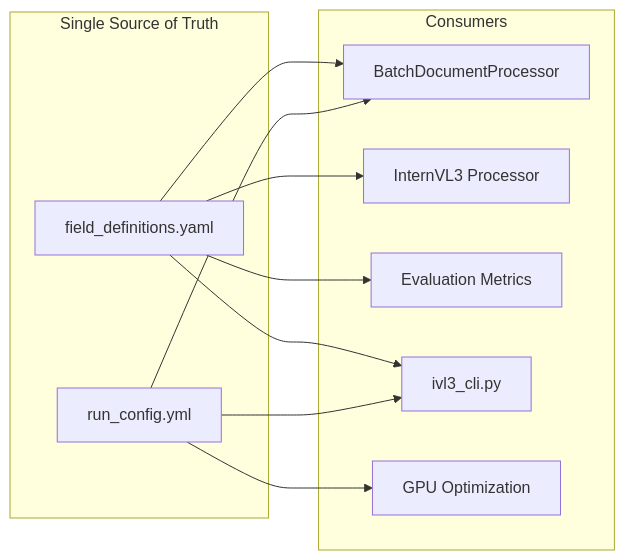
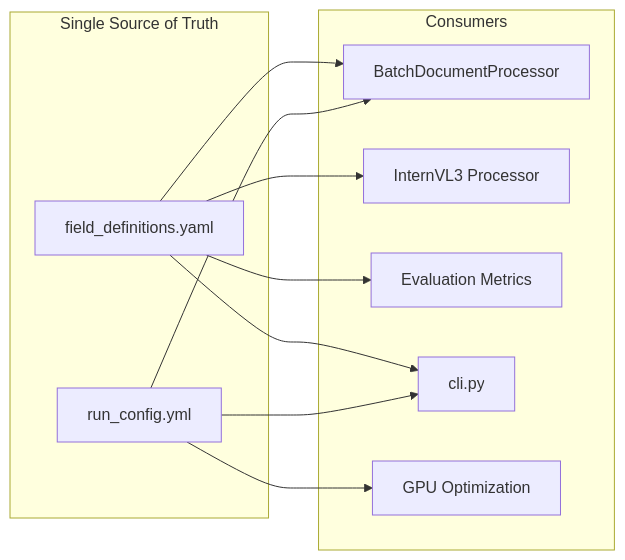
The second of 7 diagrams in docs/CONFIG_DRIVEN_DISPATCH.md (tmnestor/LMM_POC), drawn with Mermaid before and after one commit. The commit also changed other lines of this file and 5 other files, not shown here.

````diff
--- a/docs/CONFIG_DRIVEN_DISPATCH.md
+++ b/docs/CONFIG_DRIVEN_DISPATCH.md
@@ -70,23 +70,23 @@
 ```mermaid
 graph LR
     subgraph "Single Source of Truth"
         RC["run_config.yml"]
         FD["field_definitions.yaml"]
     end
 
     subgraph "Consumers"
         BP["BatchDocumentProcessor"]
         IVL["InternVL3 Processor"]
         EM["Evaluation Metrics"]
-        CLI["ivl3_cli.py"]
+        CLI["cli.py"]
         GPU["GPU Optimization"]
     end
 
     RC --> CLI
     RC --> GPU
     RC --> BP
     FD --> BP
     FD --> IVL
     FD --> EM
     FD --> CLI
 ```
````
